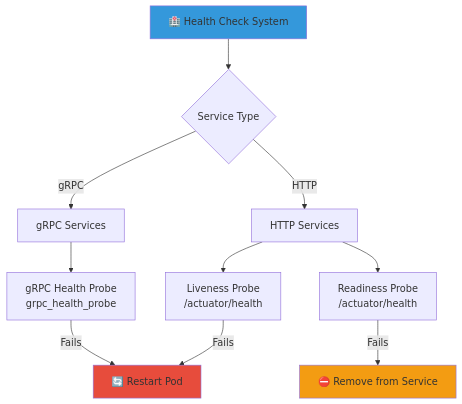
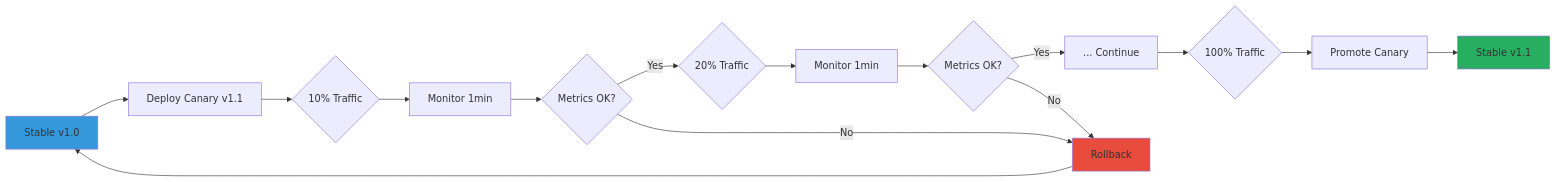
The fourth of 6 diagrams in README.md (Saoudyahya/Flux-gitops-Market-Impact-Analysis-system), drawn with Mermaid before and after one commit. The commit also changed other lines of this file, not shown here.

````diff
--- a/README.md
+++ b/README.md
@@ -716,20 +714,21 @@
 ```mermaid
-graph TD
-    A[🏥 Health Check System] --> B{Service Type}
-    
-    B -->|HTTP| C[HTTP Services]
-    B -->|gRPC| D[gRPC Services]
-    
-    C --> E[Liveness Probe<br/>/actuator/health]
-    C --> F[Readiness Probe<br/>/actuator/health]
-    
-    D --> G[gRPC Health Probe<br/>grpc_health_probe]
-    
-    E -->|Fails| H[🔄 Restart Pod]
-    F -->|Fails| I[⛔ Remove from Service]
-    G -->|Fails| H
+graph LR
+    A[Stable v1.0] --> B[Deploy Canary v1.1]
+    B --> C{10% Traffic}
+    C --> D[Monitor 1min]
+    D --> E{Metrics OK?}
+    E -->|Yes| F{20% Traffic}
+    E -->|No| Z[Rollback]
+    F --> G[Monitor 1min]
+    G --> H{Metrics OK?}
+    H -->|Yes| I[... Continue]
+    H -->|No| Z
+    I --> J{100% Traffic}
+    J --> K[Promote Canary]
+    K --> L[Stable v1.1]
+    Z --> A
     
     style A fill:#3498DB
-    style H fill:#E74C3C
-    style I fill:#F39C12
+    style L fill:#27AE60
+    style Z fill:#E74C3C
 ```
````
